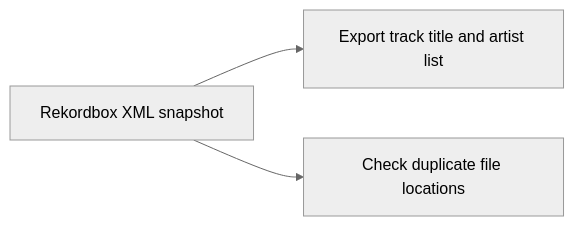
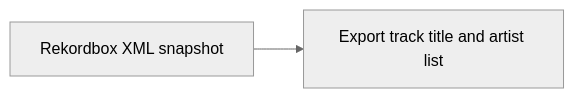
Before and after one commit to beathvn/Song-Manager: the sixth of 9 diagrams in docs/00 Overview.md, drawn with Mermaid (neutral theme). The commit also changed other lines of this file and 5 other files, not shown here.

````diff
--- a/docs/00 Overview.md
+++ b/docs/00 Overview.md
@@ -98,5 +100,4 @@
 ```mermaid
 flowchart LR
     XML[Rekordbox XML snapshot] --> TrackList[Export track title and artist list]
-    XML --> Duplicates[Check duplicate file locations]
 ```
````
